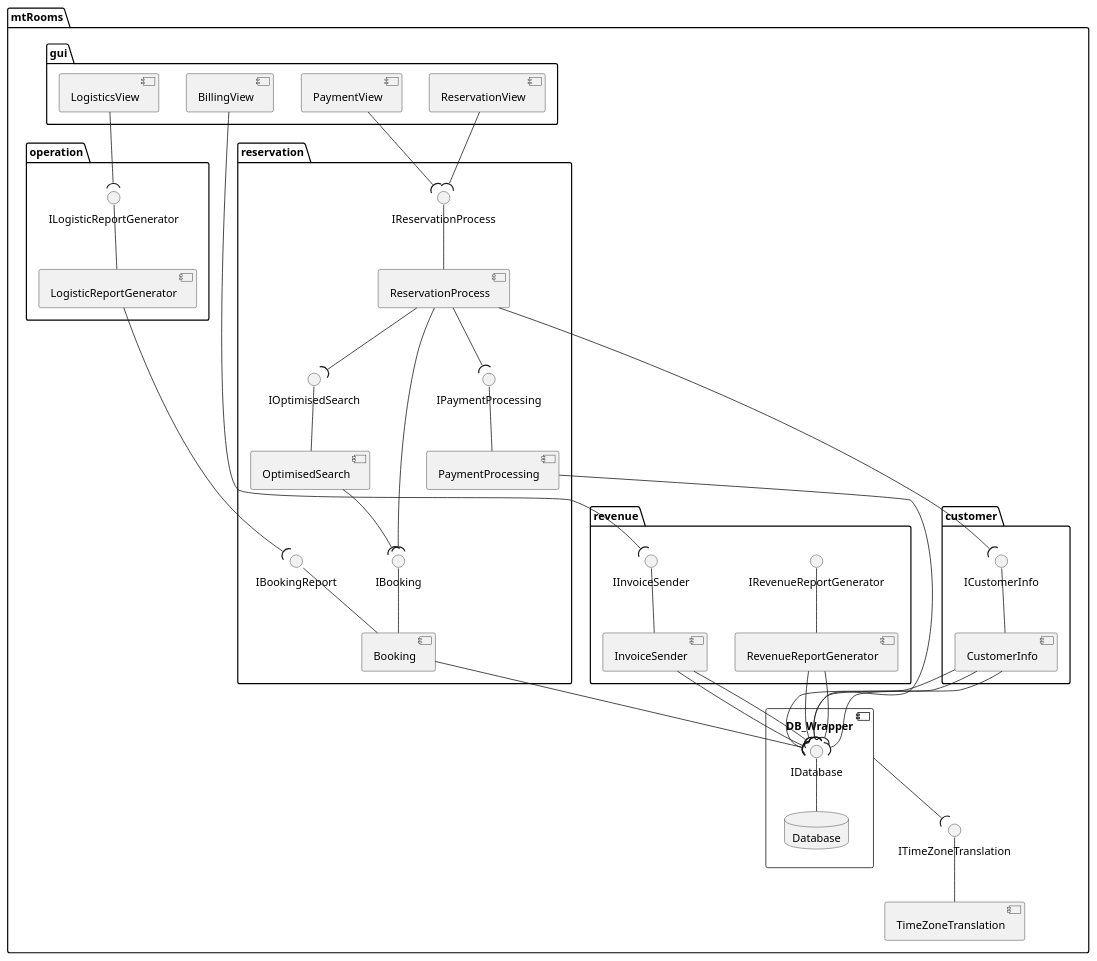
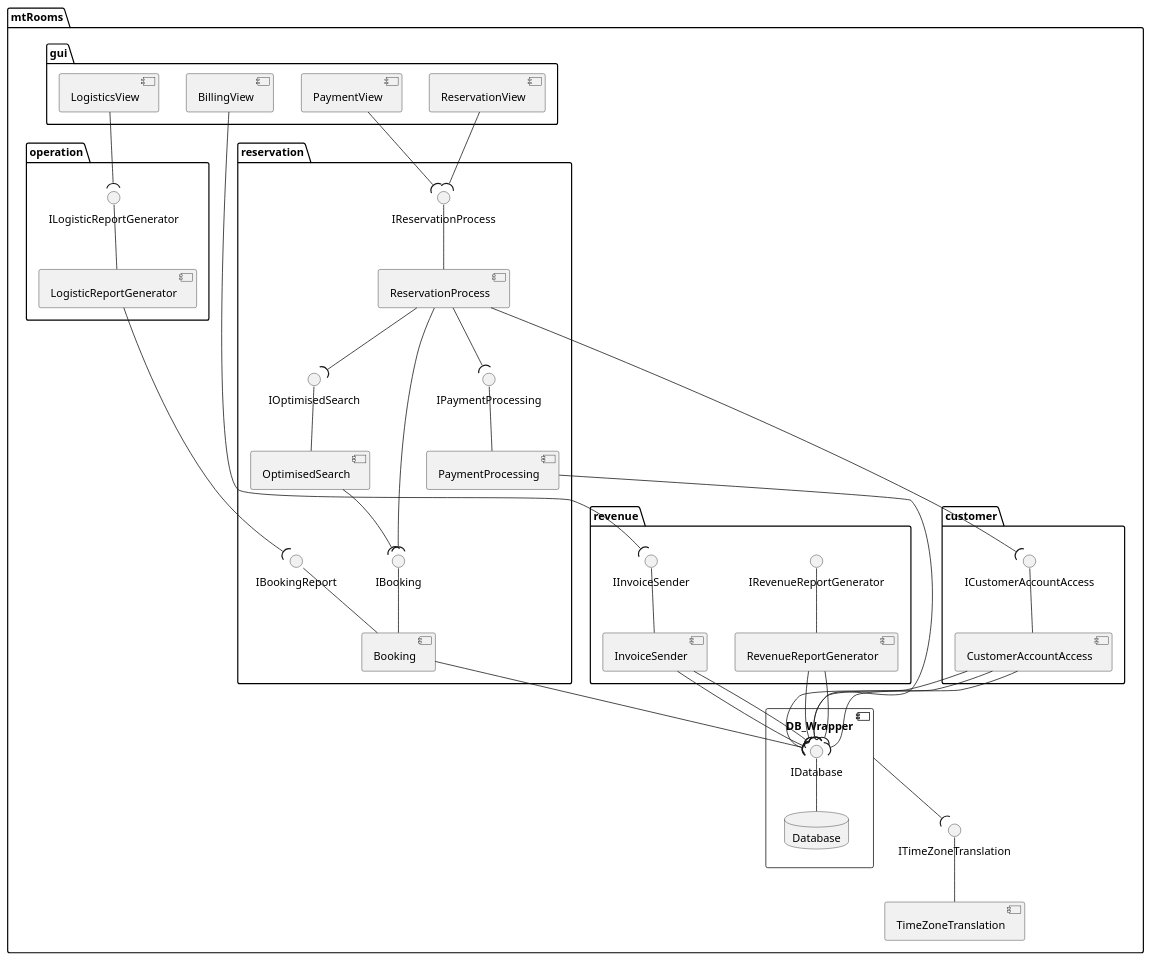
Before and after one commit to BBKbeam/mtRooms: the diagram in docs/uml/architecture.puml, drawn with PlantUML. The commit also changed 1 other file, not shown here.

Commit message:
[UML] Change definition of "CustomerInfo" component to "CustomerAccountAccess"

```diff
--- a/docs/uml/architecture.puml
+++ b/docs/uml/architecture.puml
@@ -1,97 +1,97 @@
 @startuml
 
 'skinparam linetype ortho
 'skinparam linetype polyline
 
 package mtRooms {
     package "gui" {
         [BillingView]
         [LogisticsView]
         [ReservationView]
         [PaymentView]
     }
 
     package "reservation" {
         interface IReservationProcess
         [ReservationProcess]
         interface IOptimisedSearch
         [OptimisedSearch]
         interface IPaymentProcessing
         [PaymentProcessing]
         interface IBooking
         interface IBookingReport
         [Booking]
 
         IReservationProcess -- ReservationProcess
         IOptimisedSearch -- OptimisedSearch
 
         ReservationProcess --( IOptimisedSearch
 
         IBooking -- Booking
         IBookingReport -- Booking
         IPaymentProcessing -- PaymentProcessing
     }
 
     package "customer" {
-        interface ICustomerInfo
-        [CustomerInfo]
+        interface ICustomerAccountAccess
+        [CustomerAccountAccess]
 
-        ICustomerInfo -- CustomerInfo
+        ICustomerAccountAccess -- CustomerAccountAccess
     }
 
     package "revenue" {
         [RevenueReportGenerator]
         interface IRevenueReportGenerator
         [InvoiceSender]
         interface IInvoiceSender
 
         IRevenueReportGenerator -- RevenueReportGenerator
         IInvoiceSender -- InvoiceSender
     }
 
     package "operation" {
         [LogisticReportGenerator]
         interface ILogisticReportGenerator
 
         ILogisticReportGenerator -- LogisticReportGenerator
     }
 
     component DB_Wrapper {
         interface IDatabase
         database Database
 
         IDatabase -- Database
     }
     
     interface ITimeZoneTranslation
     [TimeZoneTranslation]
     ITimeZoneTranslation -- TimeZoneTranslation
     
     DB_Wrapper --( ITimeZoneTranslation
     
 
     IInvoiceSender )-up- BillingView
     ILogisticReportGenerator )-up- LogisticsView
     ReservationView --( IReservationProcess
     PaymentView --( IReservationProcess
 
     ReservationProcess --( IPaymentProcessing
     ReservationProcess --( IBooking
-    ReservationProcess --( ICustomerInfo
+    ReservationProcess --( ICustomerAccountAccess
     OptimisedSearch --( IBooking
 
     Booking --( IDatabase
 
-    CustomerInfo --( IDatabase
-    CustomerInfo --( IDatabase
-    CustomerInfo --( IDatabase
+    CustomerAccountAccess --( IDatabase
+    CustomerAccountAccess --( IDatabase
+    CustomerAccountAccess --( IDatabase
 
     PaymentProcessing --( IDatabase
     LogisticReportGenerator --( IBookingReport
     InvoiceSender --( IDatabase
     InvoiceSender --( IDatabase
     RevenueReportGenerator --( IDatabase
     RevenueReportGenerator --( IDatabase
 }
 
 @enduml
```
